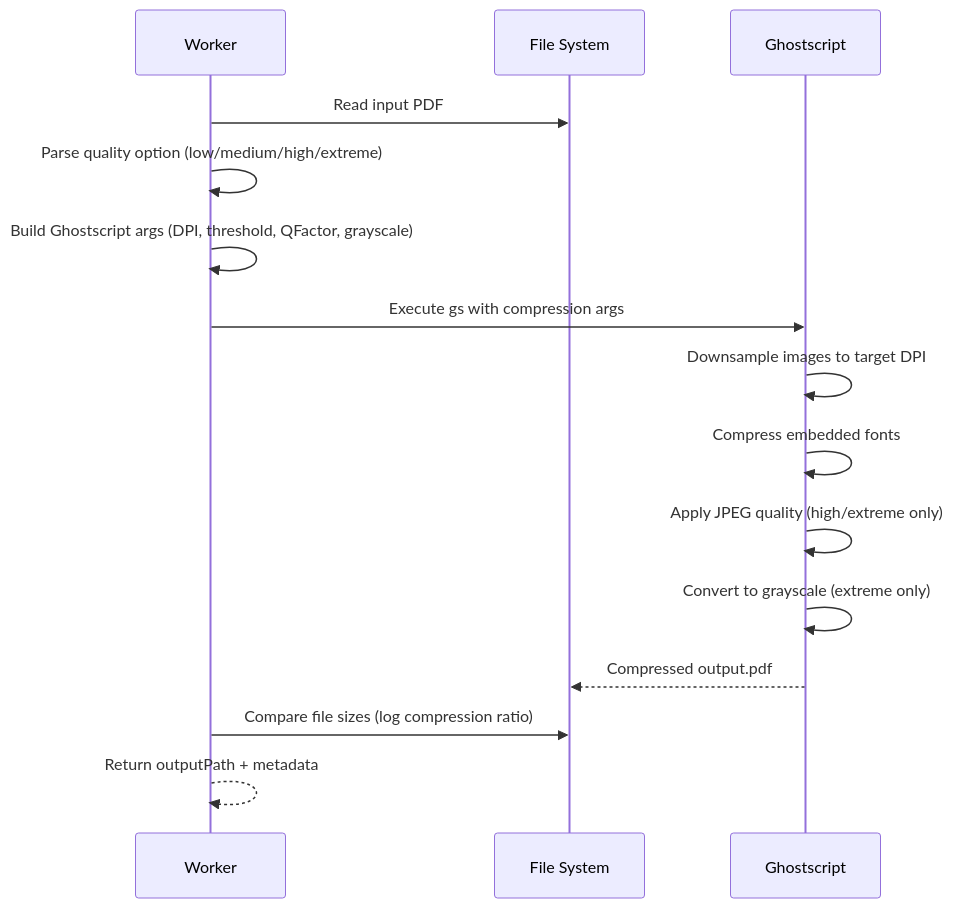
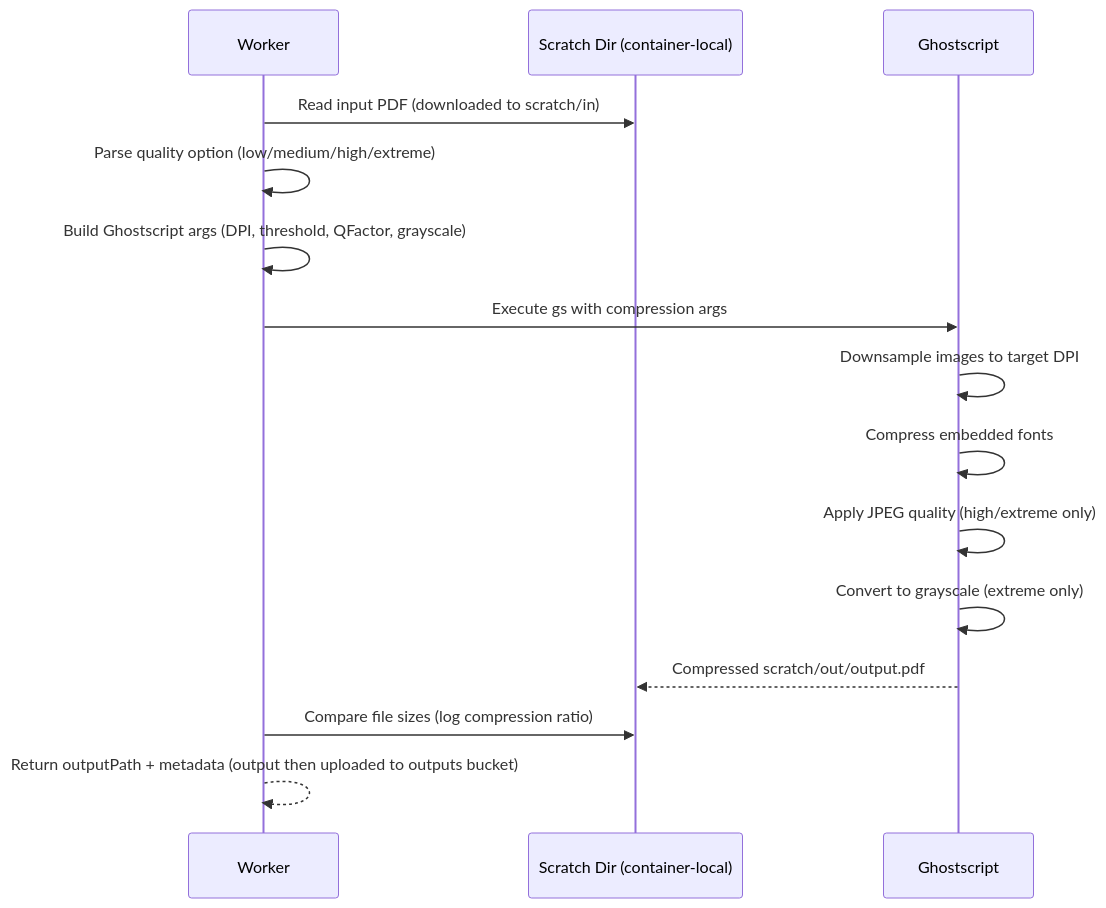
The third of 4 diagrams in docs/developer/services/OPTIMIZE_PDF.md (Prachidubey2003/fyredocs_backend), drawn with Mermaid before and after one commit. The commit also changed other lines of this file and 84 other files, not shown here.

````diff
--- a/docs/developer/services/OPTIMIZE_PDF.md
+++ b/docs/developer/services/OPTIMIZE_PDF.md
@@ -265,18 +292,18 @@
 ```mermaid
 sequenceDiagram
     participant W as Worker
-    participant FS as File System
+    participant FS as Scratch Dir (container-local)
     participant GS as Ghostscript
 
-    W->>FS: Read input PDF
+    W->>FS: Read input PDF (downloaded to scratch/in)
     W->>W: Parse quality option (low/medium/high/extreme)
     W->>W: Build Ghostscript args (DPI, threshold, QFactor, grayscale)
     W->>GS: Execute gs with compression args
     GS->>GS: Downsample images to target DPI
     GS->>GS: Compress embedded fonts
     GS->>GS: Apply JPEG quality (high/extreme only)
     GS->>GS: Convert to grayscale (extreme only)
-    GS-->>FS: Compressed output.pdf
+    GS-->>FS: Compressed scratch/out/output.pdf
     W->>FS: Compare file sizes (log compression ratio)
-    W-->>W: Return outputPath + metadata
+    W-->>W: Return outputPath + metadata (output then uploaded to outputs bucket)
 ```
````
